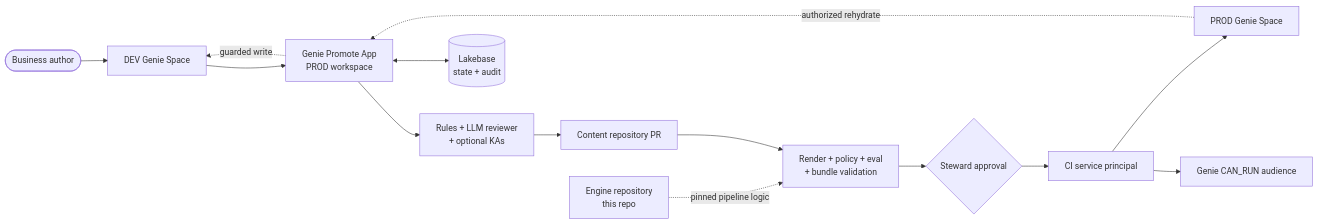
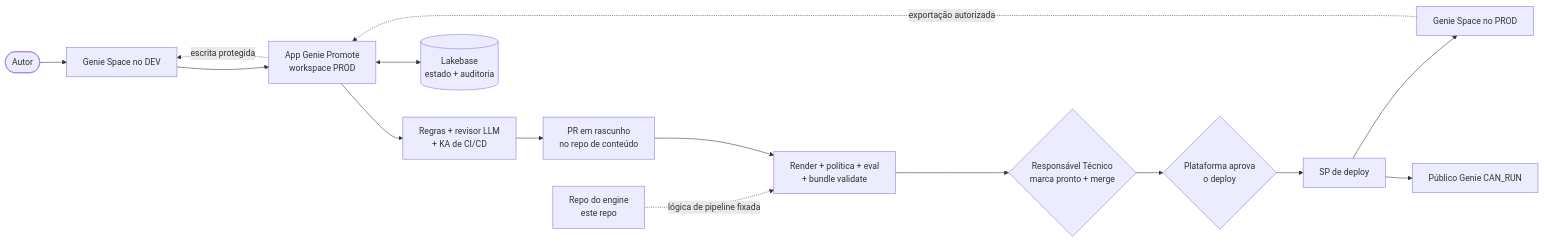
The diagram in README.md (malcolndandaro/genie-promote-cicd), drawn with Mermaid before and after one commit. The commit also changed other lines of this file and 3 other files, not shown here.

````diff
--- a/README.md
+++ b/README.md
@@ -31,16 +34,17 @@
 ```mermaid
 flowchart LR
-  author([Business author]) --> dev[DEV Genie Space]
-  dev --> app[Genie Promote App<br/>PROD workspace]
-  app --> review[Rules + LLM reviewer<br/>+ optional KAs]
-  review --> pr[Content repository PR]
-  engine[Engine repository<br/>this repo] -. pinned pipeline logic .-> checks
-  pr --> checks[Render + policy + eval<br/>+ bundle validation]
-  checks --> approval{Steward approval}
-  approval --> deploy[CI service principal]
-  deploy --> prod[PROD Genie Space]
-  deploy --> audience[Genie CAN_RUN audience]
-  app <--> lakebase[(Lakebase<br/>state + audit)]
-  prod -. authorized rehydrate .-> app
-  app -. guarded write .-> dev
+  autor([Autor]) --> dev[Genie Space no DEV]
+  dev --> app[App Genie Promote<br/>workspace PROD]
+  app --> review[Regras + revisor LLM<br/>+ KA de CI/CD]
+  review --> pr[PR em rascunho<br/>no repo de conteúdo]
+  engine[Repo do engine<br/>este repo] -. lógica de pipeline fixada .-> checks
+  pr --> checks[Render + política + eval<br/>+ bundle validate]
+  checks --> ready{Responsável Técnico<br/>marca pronto + merge}
+  ready --> approval{Plataforma aprova<br/>o deploy}
+  approval --> deploy[SP de deploy]
+  deploy --> prod[Genie Space no PROD]
+  deploy --> audience[Público Genie CAN_RUN]
+  app <--> lakebase[(Lakebase<br/>estado + auditoria)]
+  prod -. exportação autorizada .-> app
+  app -. escrita protegida .-> dev
 ```
````
